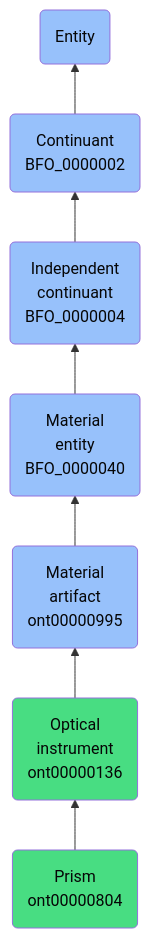
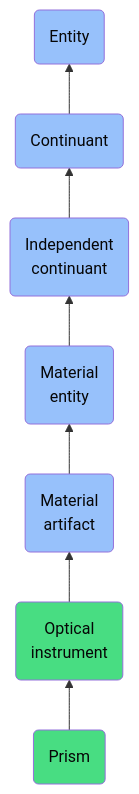
One commit to jupyter-naas/abi changed the diagram in docs/ontology/reference/model/Entity/Continuant/Independent continuant/Material entity/Material artifact/Optical instrument/Prism/Prism.md. Above: the diagram before and after it, drawn with Mermaid. The commit also changed other lines of this file and 1430 other files, not shown here.

````diff
--- a/docs/ontology/reference/model/Entity/Continuant/Independent continuant/Material entity/Material artifact/Optical instrument/Prism/Prism.md
+++ b/docs/ontology/reference/model/Entity/Continuant/Independent continuant/Material entity/Material artifact/Optical instrument/Prism/Prism.md
@@ -24,14 +24,14 @@
 ```mermaid
 graph BT
-    ont00000804(Prism<br>ont00000804):::ABI-->ont00000136
-    ont00000136(Optical<br>instrument<br>ont00000136):::ABI-->ont00000995
-    ont00000995(Material<br>artifact<br>ont00000995):::BFO-->BFO_0000040
-    BFO_0000040(Material<br>entity<br>BFO_0000040):::BFO-->BFO_0000004
-    BFO_0000004(Independent<br>continuant<br>BFO_0000004):::BFO-->BFO_0000002
-    BFO_0000002(Continuant<br>BFO_0000002):::BFO-->BFO_0000001
+    ont00000804(Prism):::ABI-->ont00000136
+    ont00000136(Optical<br>instrument):::ABI-->ont00000995
+    ont00000995(Material<br>artifact):::BFO-->BFO_0000040
+    BFO_0000040(Material<br>entity):::BFO-->BFO_0000004
+    BFO_0000004(Independent<br>continuant):::BFO-->BFO_0000002
+    BFO_0000002(Continuant):::BFO-->BFO_0000001
     BFO_0000001(Entity):::BFO
     
     classDef BFO fill:#97c1fb,color:#060606
     classDef CCO fill:#e4c51e,color:#060606
     classDef ABI fill:#48DD82,color:#060606
 ```
````
